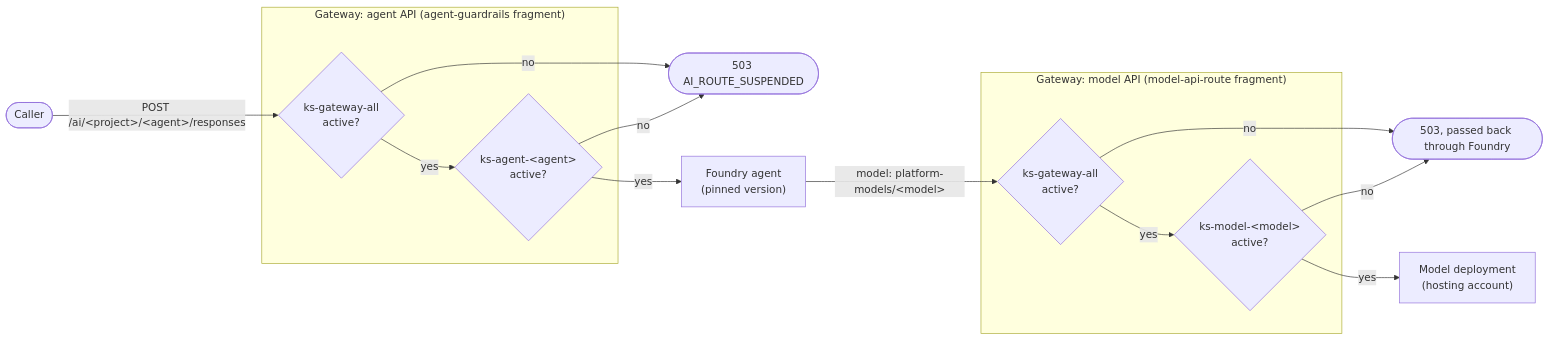
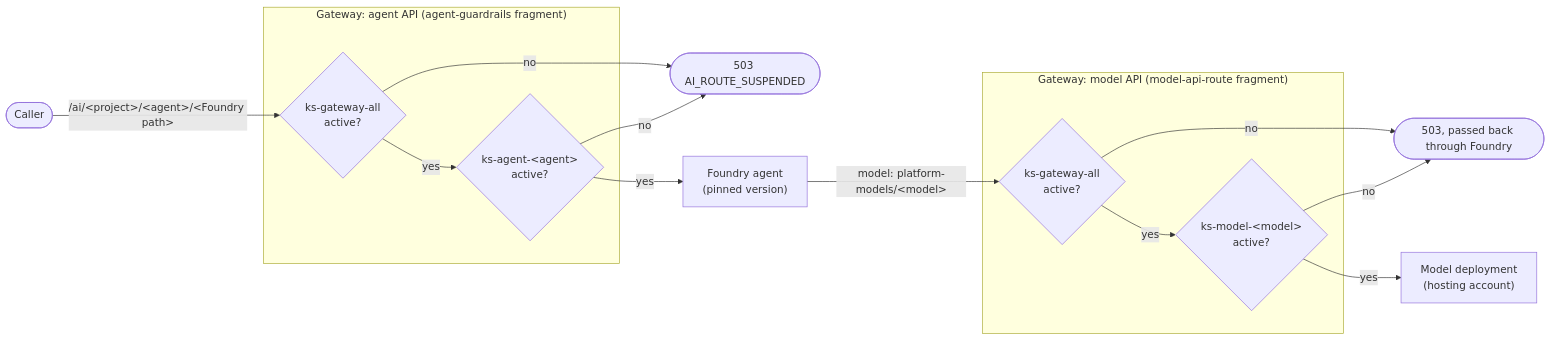
Before and after one commit to DeepuMM/ai-gateway: the second of 2 diagrams in README.md, drawn with Mermaid. The commit also changed other lines of this file and 5 other files, not shown here.

````diff
--- a/README.md
+++ b/README.md
@@ -411,17 +416,17 @@
 ```mermaid
 flowchart LR
-  C([Caller]) -->|"POST /ai/&lt;project&gt;/&lt;agent&gt;/responses"| A
+  C([Caller]) -->|"/ai/&lt;project&gt;/&lt;agent&gt;/&lt;Foundry path&gt;"| A
   subgraph GW1["Gateway: agent API (agent-guardrails fragment)"]
     A{"ks-gateway-all<br/>active?"} -->|yes| B{"ks-agent-&lt;agent&gt;<br/>active?"}
   end
   A -->|no| X1([503 AI_ROUTE_SUSPENDED])
   B -->|no| X1
   B -->|yes| F["Foundry agent<br/>(pinned version)"]
   F -->|"model: platform-models/&lt;model&gt;"| D
   subgraph GW2["Gateway: model API (model-api-route fragment)"]
     D{"ks-gateway-all<br/>active?"} -->|yes| E{"ks-model-&lt;model&gt;<br/>active?"}
   end
   D -->|no| X2([503, passed back through Foundry])
   E -->|no| X2
   E -->|yes| M["Model deployment<br/>(hosting account)"]
 ```
````
